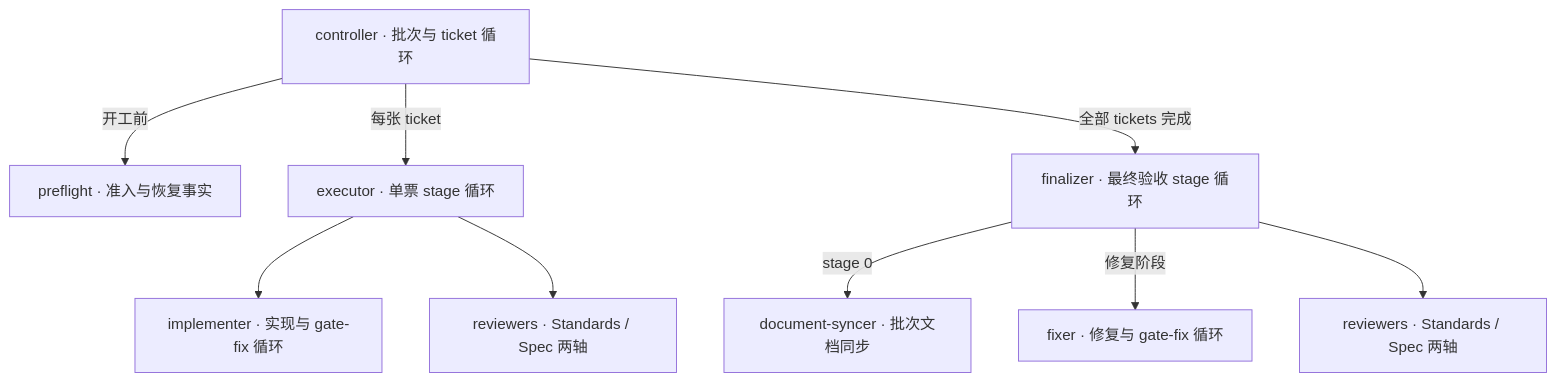
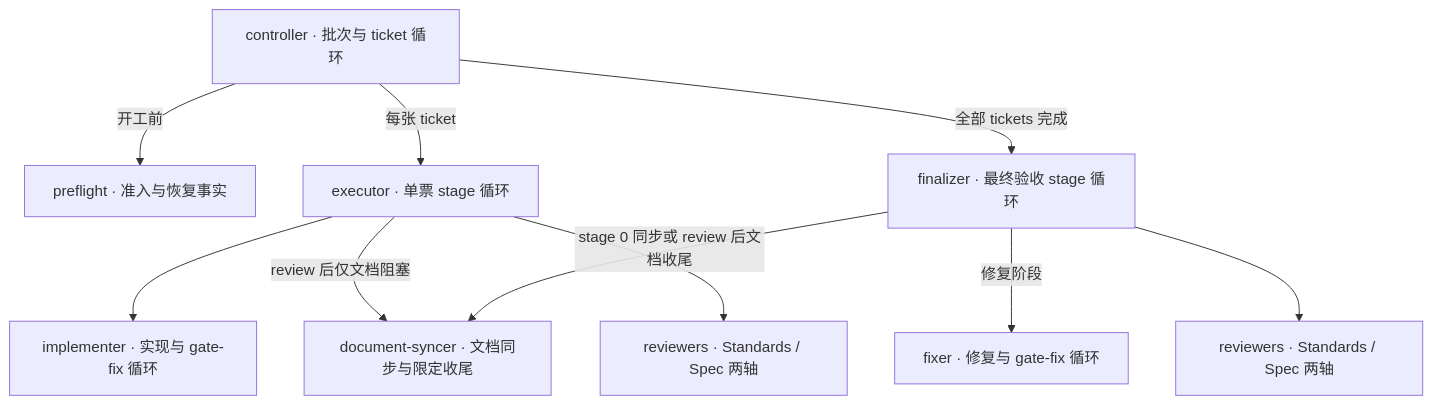
Before and after one commit to watchzerg/beadwork: the diagram in docs/ARCHITECTURE.md, drawn with Mermaid. The commit also changed other lines of this file and 50 other files, not shown here.

````diff
--- a/docs/ARCHITECTURE.md
+++ b/docs/ARCHITECTURE.md
@@ -11,12 +11,13 @@
 ```mermaid
 flowchart TD
     C["controller · 批次与 ticket 循环"]
     C -->|开工前| P["preflight · 准入与恢复事实"]
     C -->|每张 ticket| E["executor · 单票 stage 循环"]
     C -->|全部 tickets 完成| F["finalizer · 最终验收 stage 循环"]
     E --> I["implementer · 实现与 gate-fix 循环"]
+    E -->|review 后仅文档阻塞| D
     E --> ER["reviewers · Standards / Spec 两轴"]
-    F -->|stage 0| D["document-syncer · 批次文档同步"]
+    F -->|stage 0 同步或 review 后文档收尾| D["document-syncer · 文档同步与限定收尾"]
     F -->|修复阶段| X["fixer · 修复与 gate-fix 循环"]
     F --> FR["reviewers · Standards / Spec 两轴"]
 ```
````
